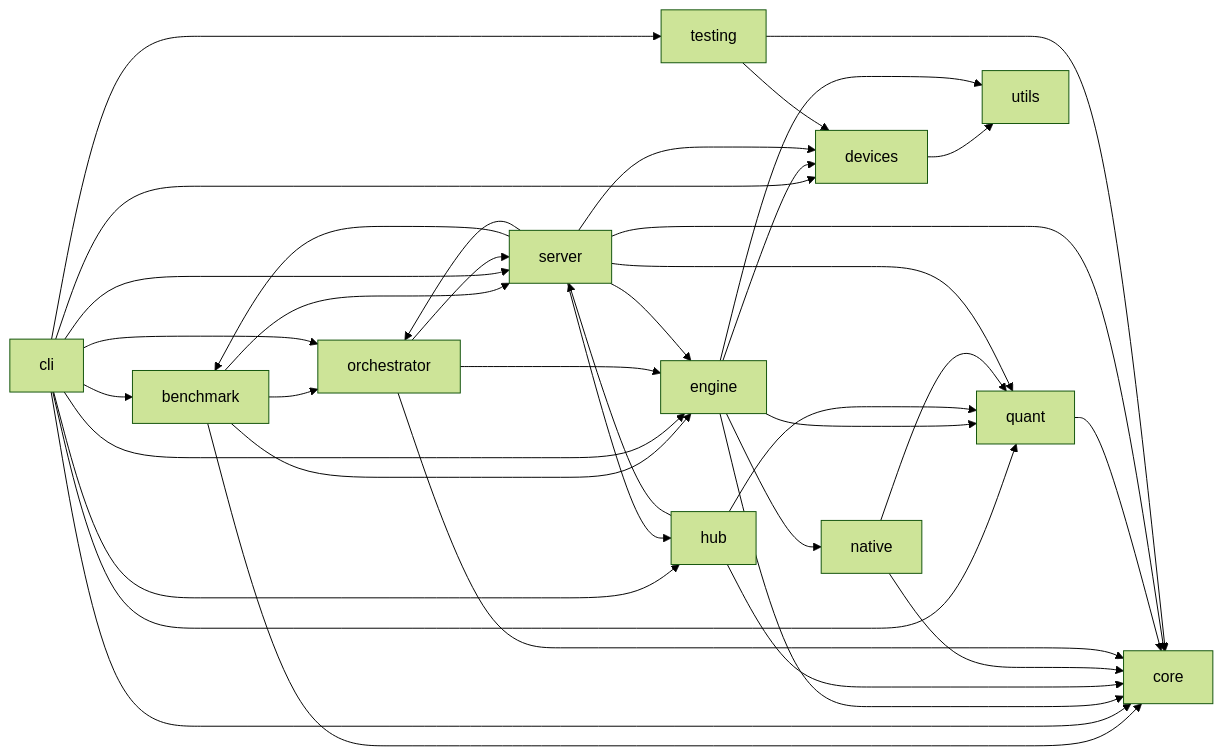
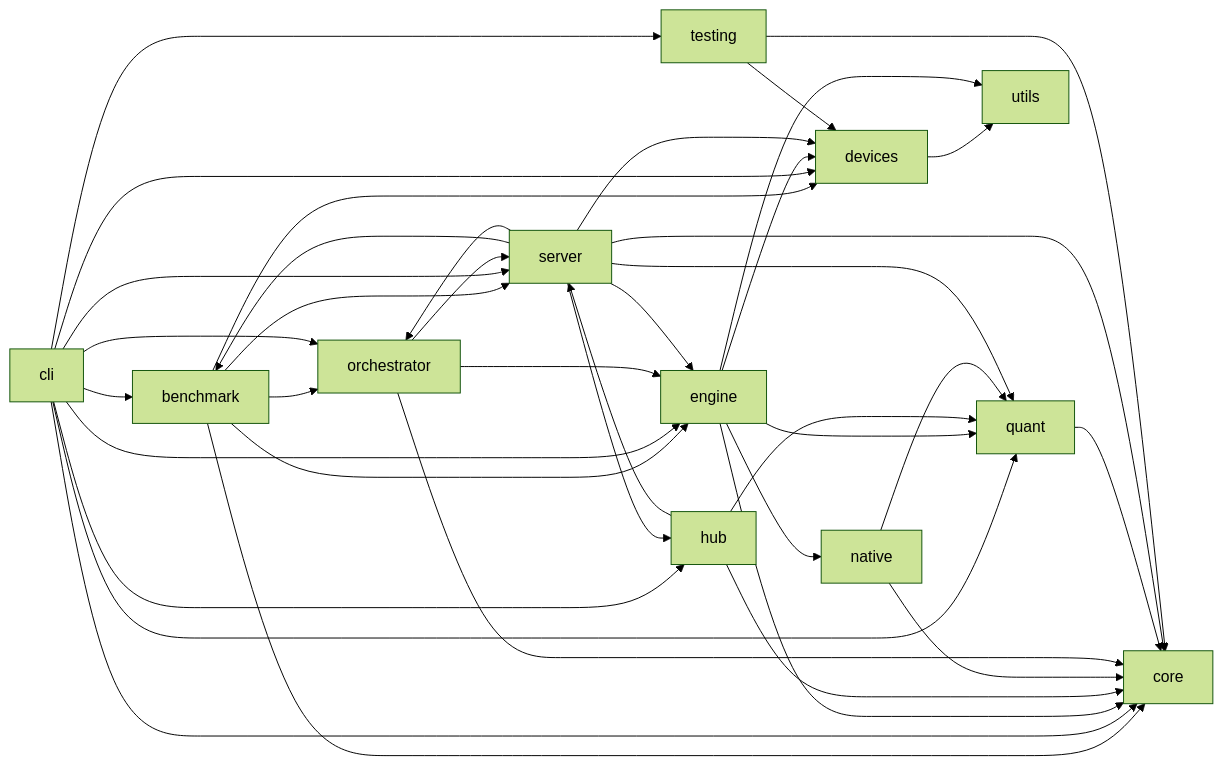
The second of 2 diagrams in uml/package_diagram.md (techdeveloper-org/intel-arc-models-runner), drawn with Mermaid (forest theme) before and after one commit. The commit also changed other lines of this file and 35 other files, not shown here.

First line of the commit message:
ci(docs): render all Mermaid blocks; fix four broken diagrams; record stage S-G (#42)

````diff
--- a/uml/package_diagram.md
+++ b/uml/package_diagram.md
@@ -58,52 +58,53 @@
 ```mermaid
 flowchart LR
     benchmark["benchmark"]
     cli["cli"]
     core["core"]
     devices["devices"]
     engine["engine"]
     hub["hub"]
     native["native"]
     orchestrator["orchestrator"]
     quant["quant"]
     server["server"]
     testing["testing"]
     utils["utils"]
     benchmark --> core
+    benchmark --> devices
     benchmark --> engine
     benchmark --> orchestrator
     benchmark --> server
     cli --> benchmark
     cli --> core
     cli --> devices
     cli --> engine
     cli --> hub
     cli --> orchestrator
     cli --> quant
     cli --> server
     cli --> testing
     devices --> utils
     engine --> core
     engine --> devices
     engine --> native
     engine --> quant
     engine --> utils
     hub --> core
     hub --> quant
     hub --> server
     native --> core
     native --> quant
     orchestrator --> core
     orchestrator --> engine
     orchestrator --> server
     quant --> core
     server --> benchmark
     server --> core
     server --> devices
     server --> engine
     server --> hub
     server --> orchestrator
     server --> quant
     testing --> core
     testing --> devices
 ```
````
